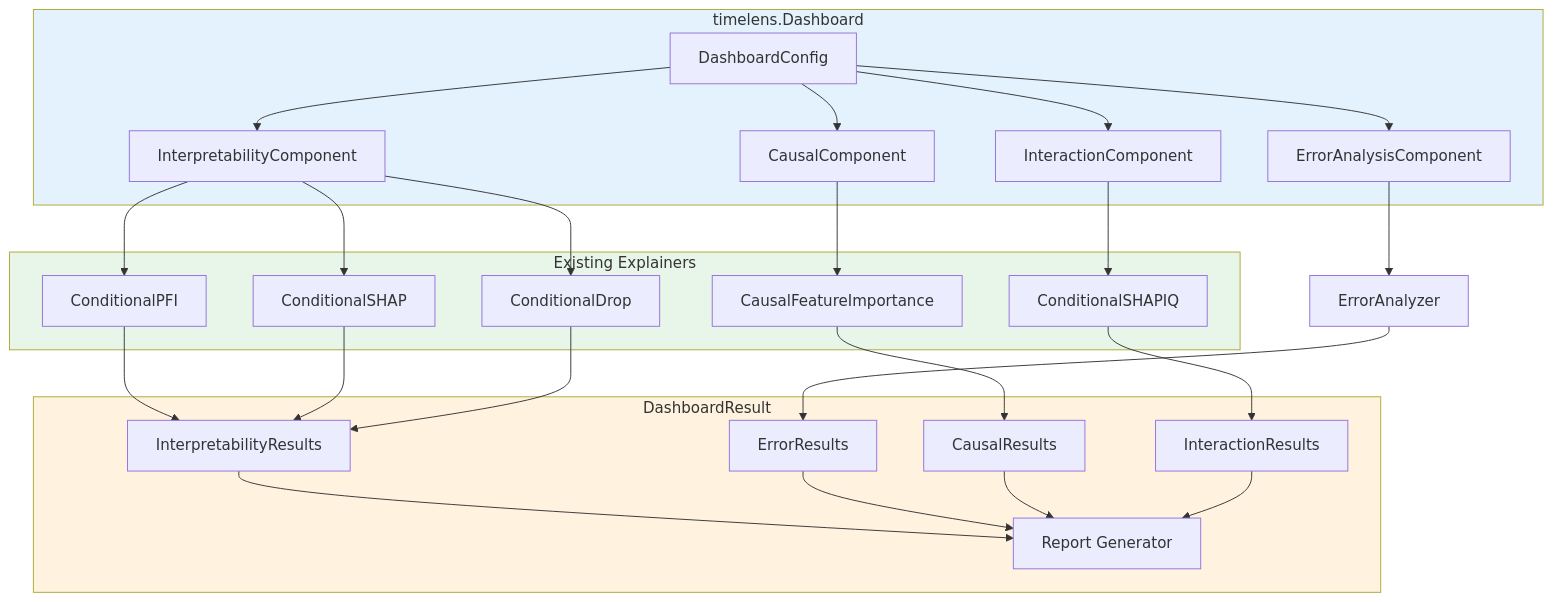
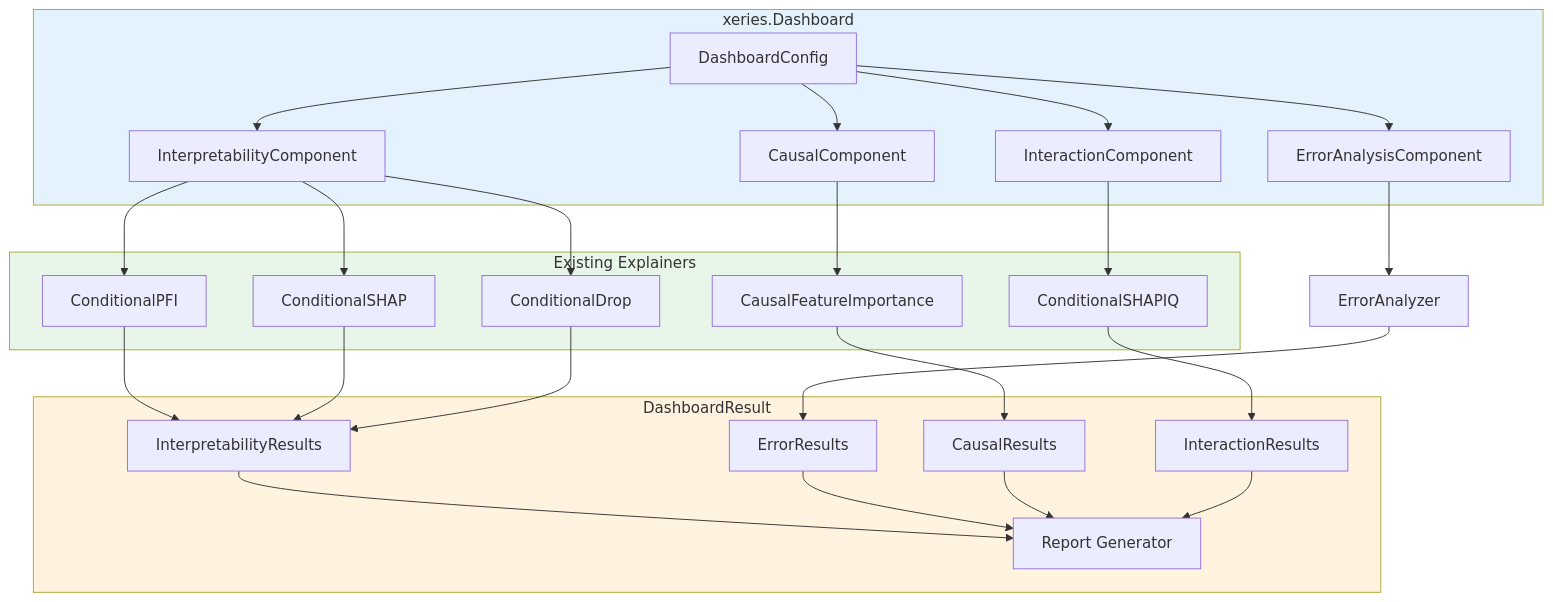
Before and after one commit to thec0dewriter/xeries: the second of 3 diagrams in docs/implementation_plan.md, drawn with Mermaid. The commit also changed other lines of this file and 105 other files, not shown here.

Commit message:
Rename project references from 'timelens' to 'xeries'.

````diff
--- a/docs/implementation_plan.md
+++ b/docs/implementation_plan.md
@@ -259,49 +259,49 @@
 ```mermaid
 graph TB
-    subgraph Dashboard["timelens.Dashboard"]
+    subgraph Dashboard["xeries.Dashboard"]
         DC["DashboardConfig"]
         DC --> IC["InterpretabilityComponent"]
         DC --> EC["ErrorAnalysisComponent"]
         DC --> CC["CausalComponent"]
         DC --> IntC["InteractionComponent"]
     end
 
     subgraph Explainers["Existing Explainers"]
         PFI["ConditionalPFI"]
         SHAP["ConditionalSHAP"]
         DROP["ConditionalDrop"]
         SHAPIQ["ConditionalSHAPIQ"]
         CAUSAL["CausalFeatureImportance"]
     end
 
     IC --> PFI
     IC --> SHAP
     IC --> DROP
     IntC --> SHAPIQ
     CC --> CAUSAL
     EC --> EA["ErrorAnalyzer"]
 
     subgraph Output["DashboardResult"]
         IR["InterpretabilityResults"]
         ER["ErrorResults"]
         CR["CausalResults"]
         IntR["InteractionResults"]
         REP["Report Generator"]
     end
 
     PFI --> IR
     SHAP --> IR
     DROP --> IR
     SHAPIQ --> IntR
     CAUSAL --> CR
     EA --> ER
 
     IR --> REP
     ER --> REP
     CR --> REP
     IntR --> REP
 
     style Dashboard fill:#e3f2fd
     style Explainers fill:#e8f5e9
     style Output fill:#fff3e0
 ```
````
